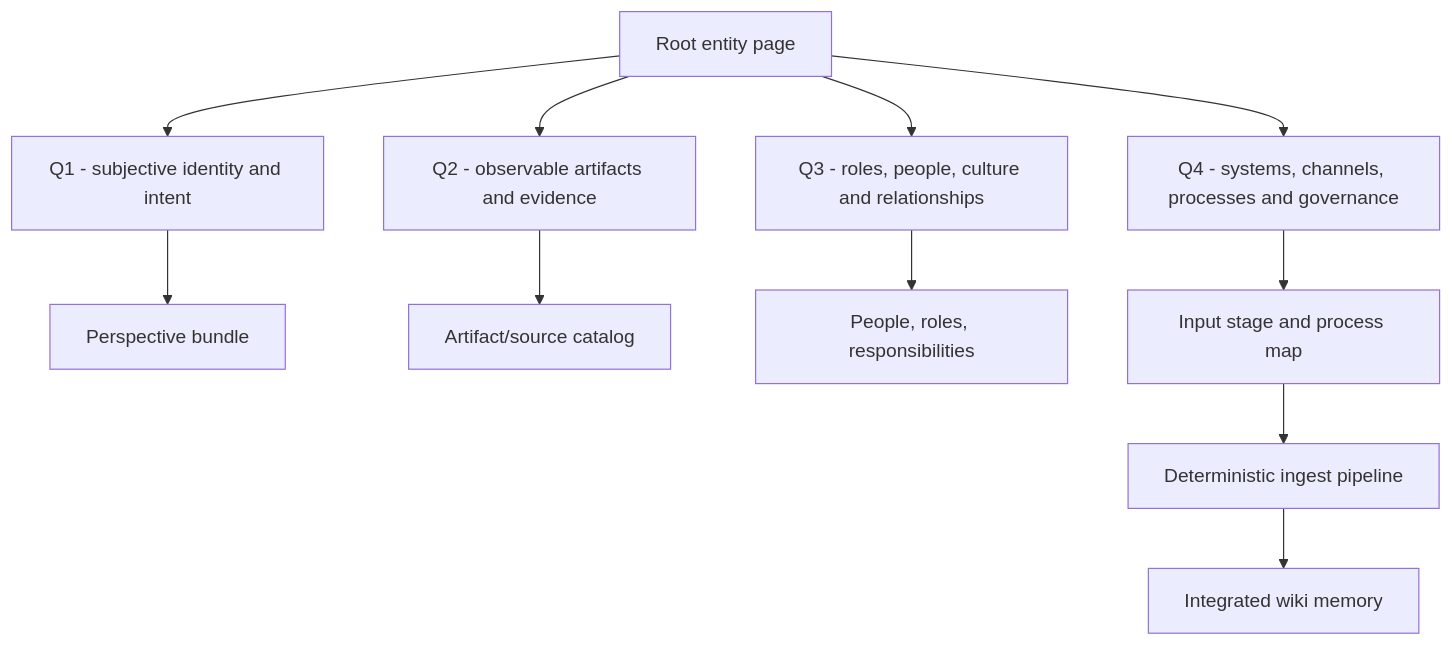
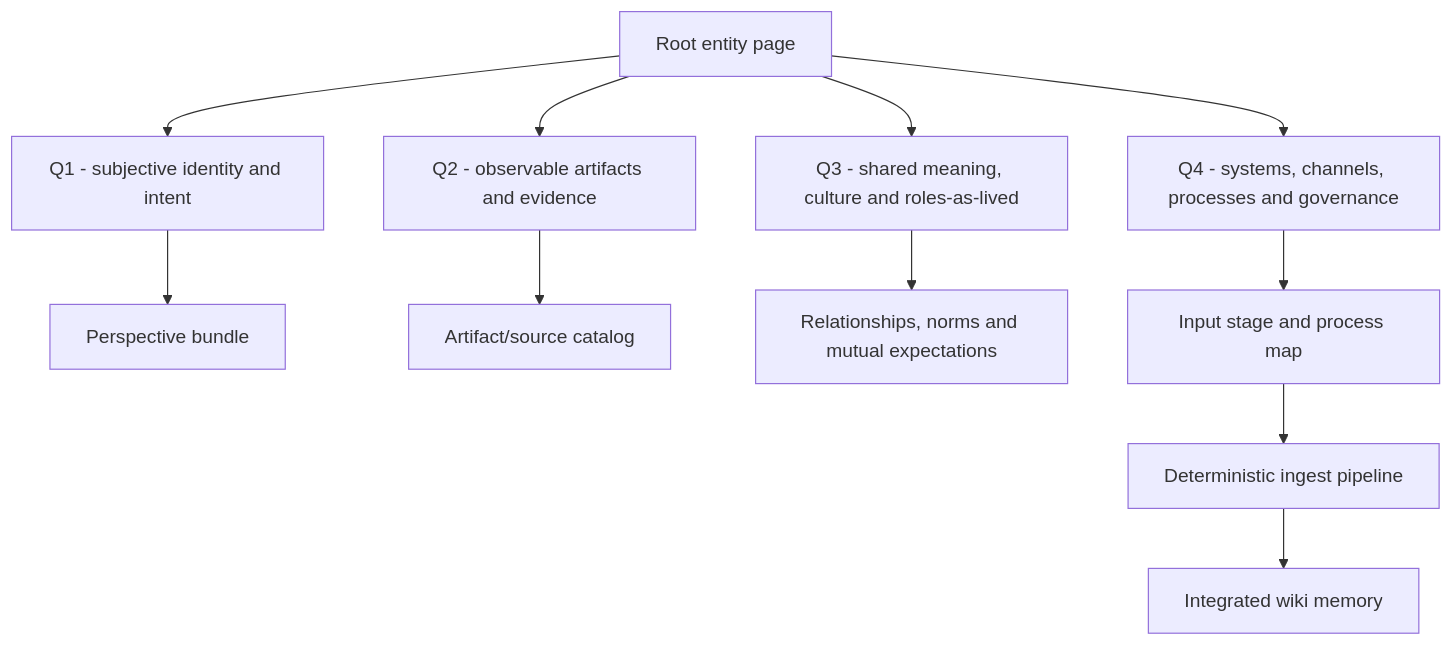
The first of 3 diagrams in docs/references/proposals/integral-root-entity-and-input-stage-refactor-2026-06-25.md (kimlage/wiki-viva-kit), drawn with Mermaid before and after one commit. The commit also changed 8 other files, not shown here.

````diff
--- a/docs/references/proposals/integral-root-entity-and-input-stage-refactor-2026-06-25.md
+++ b/docs/references/proposals/integral-root-entity-and-input-stage-refactor-2026-06-25.md
@@ -51,13 +51,13 @@
 ```mermaid
 flowchart TD
     Root["Root entity page"] --> Q1["Q1 - subjective identity and intent"]
     Root --> Q2["Q2 - observable artifacts and evidence"]
-    Root --> Q3["Q3 - roles, people, culture and relationships"]
+    Root --> Q3["Q3 - shared meaning, culture and roles-as-lived"]
     Root --> Q4["Q4 - systems, channels, processes and governance"]
     Q1 --> Perspectives["Perspective bundle"]
     Q2 --> Artifacts["Artifact/source catalog"]
-    Q3 --> People["People, roles, responsibilities"]
+    Q3 --> SharedField["Relationships, norms and mutual expectations"]
     Q4 --> Inputs["Input stage and process map"]
     Inputs --> Ingest["Deterministic ingest pipeline"]
     Ingest --> Memory["Integrated wiki memory"]
 ```
````
